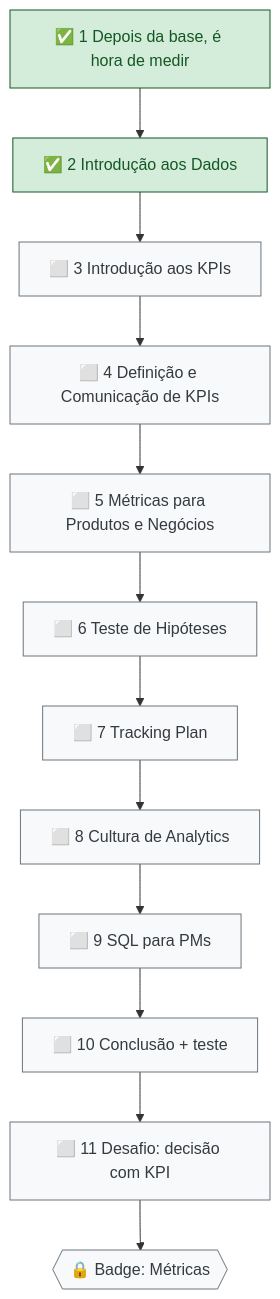
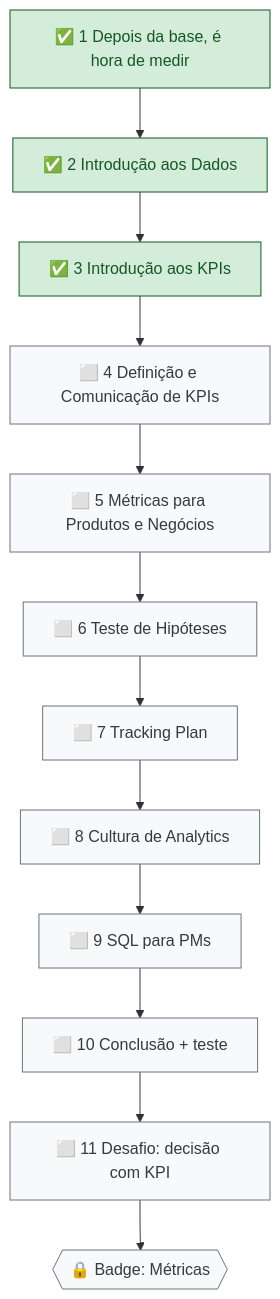
The third of 3 diagrams in mapa-de-estudos.md (letsprown-code/po-learning-journal), drawn with Mermaid before and after one commit. The commit also changed other lines of this file and 5 other files, not shown here.

First line of the commit message:
DPL 02 aula 3: Introdução aos KPIs (nota, imagem, glossário, mapa)

```diff
--- a/mapa-de-estudos.md
+++ b/mapa-de-estudos.md
@@ -104,12 +104,12 @@
 ~~~mermaid
 flowchart TD
-    N1["✅ 1 Depois da base, é hora de medir"] --> N2["✅ 2 Introdução aos Dados"] --> N3["⬜ 3 Introdução aos KPIs"]
+    N1["✅ 1 Depois da base, é hora de medir"] --> N2["✅ 2 Introdução aos Dados"] --> N3["✅ 3 Introdução aos KPIs"]
     N3 --> N4["⬜ 4 Definição e Comunicação de KPIs"] --> N5["⬜ 5 Métricas para Produtos e Negócios"] --> N6["⬜ 6 Teste de Hipóteses"]
     N6 --> N7["⬜ 7 Tracking Plan"] --> N8["⬜ 8 Cultura de Analytics"] --> N9["⬜ 9 SQL para PMs"]
     N9 --> N10["⬜ 10 Conclusão + teste"] --> N11["⬜ 11 Desafio: decisão com KPI"]
     N11 --> B2{{"🔒 Badge: Métricas"}}
     classDef done fill:#d4edda,stroke:#155724,color:#155724
     classDef todo fill:#f8f9fa,stroke:#6c757d,color:#343a40
-    class N1,N2 done
-    class N3,N4,N5,N6,N7,N8,N9,N10,N11,B2 todo
+    class N1,N2,N3 done
+    class N4,N5,N6,N7,N8,N9,N10,N11,B2 todo
 ~~~
```
